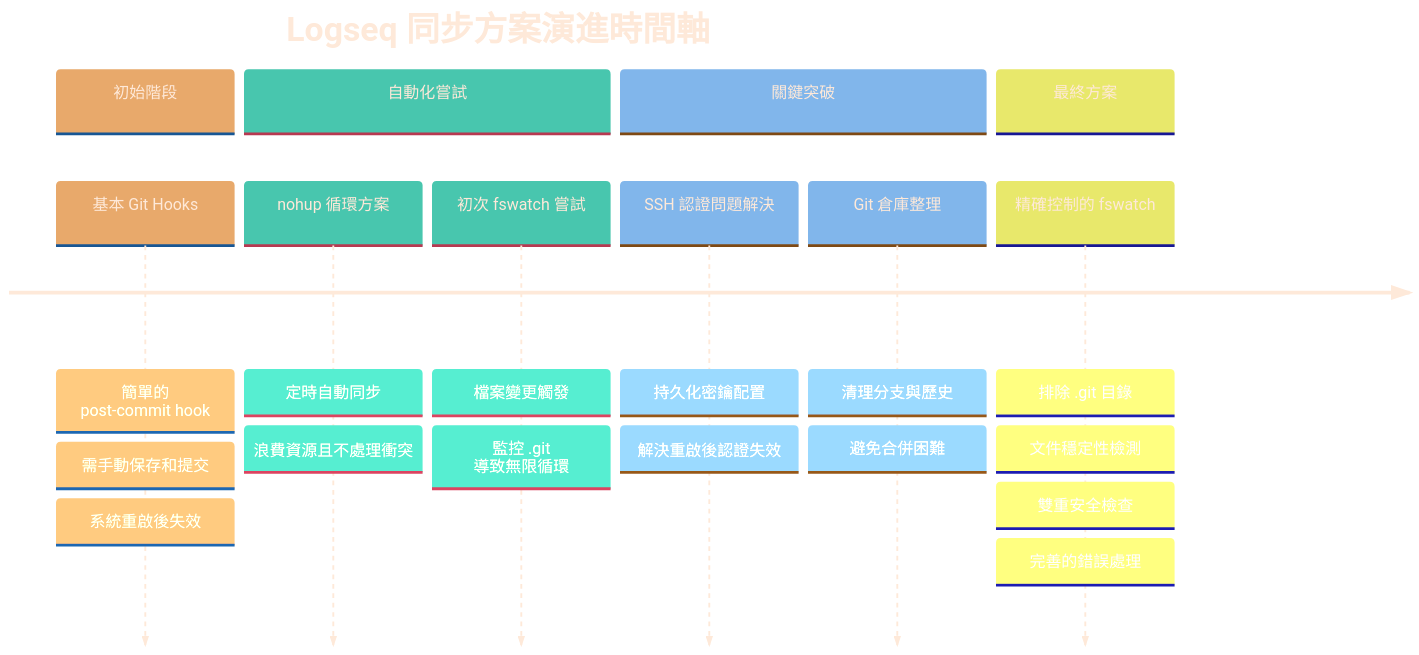
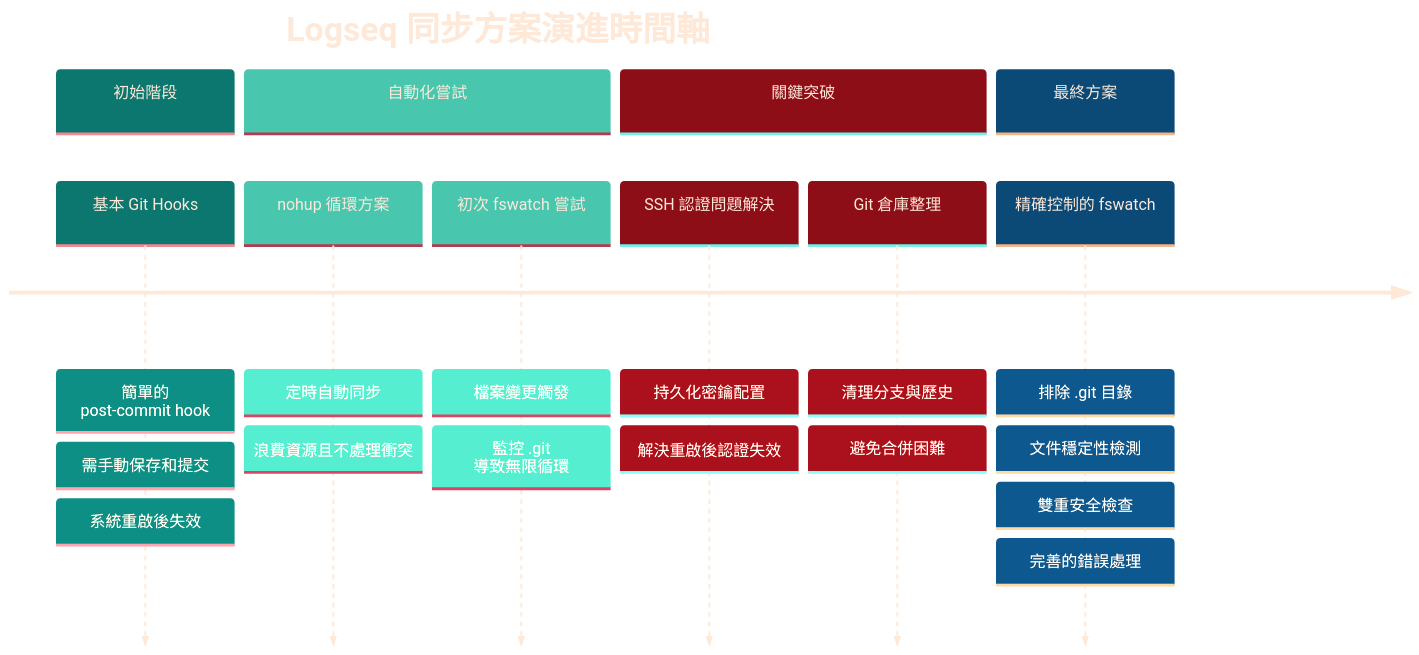
Before and after one commit to GengGeng026/Sync-Logseq: the first of 2 diagrams in Logseq同步方案演進記錄.md, drawn with Mermaid.

Commit message:
Auto-sync: Wed Mar 26 09:57:56 +08 2025

````diff
--- a/Logseq同步方案演進記錄.md
+++ b/Logseq同步方案演進記錄.md
@@ -24,37 +24,37 @@
 ```mermaid
 %%{init: {
   'theme': 'base', 
   'themeVariables': {
     'primaryTextColor': '#FEE9D9',
-    'primaryColor': '#F9E9D9',
+    'primaryColor': '#19E9D9',
     'secondaryColor': '#A9E4D9',
     'primaryBorderColor': '#A9D9D9',
     'background': 'transparent',
     'clusterBkg': 'transparent',
     'fontFamily': 'default',
     'fontSize': '17px',
     'fontWeight': 'normal'
   }
 }}%%
 timeline
     title Logseq 同步方案演進時間軸
     section 初始階段
         基本 Git Hooks : 簡單的 post-commit hook
         : 需手動保存和提交
         : 系統重啟後失效
     section 自動化嘗試
         nohup 循環方案 : 定時自動同步
         : 浪費資源且不處理衝突
         初次 fswatch 嘗試 : 檔案變更觸發
         : 監控 .git 導致無限循環
     section 關鍵突破
         SSH 認證問題解決 : 持久化密鑰配置
         : 解決重啟後認證失效
         Git 倉庫整理 : 清理分支與歷史
         : 避免合併困難
     section 最終方案
         精確控制的 fswatch : 排除 .git 目錄
         : 文件穩定性檢測
         : 雙重安全檢查
         : 完善的錯誤處理
 ```
````
